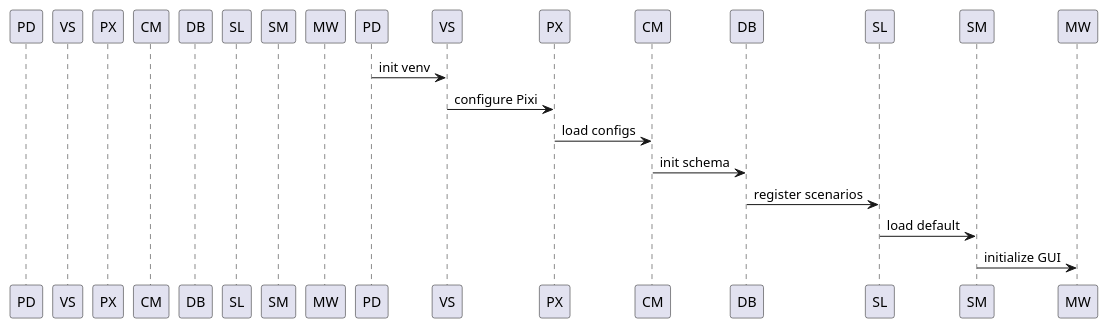
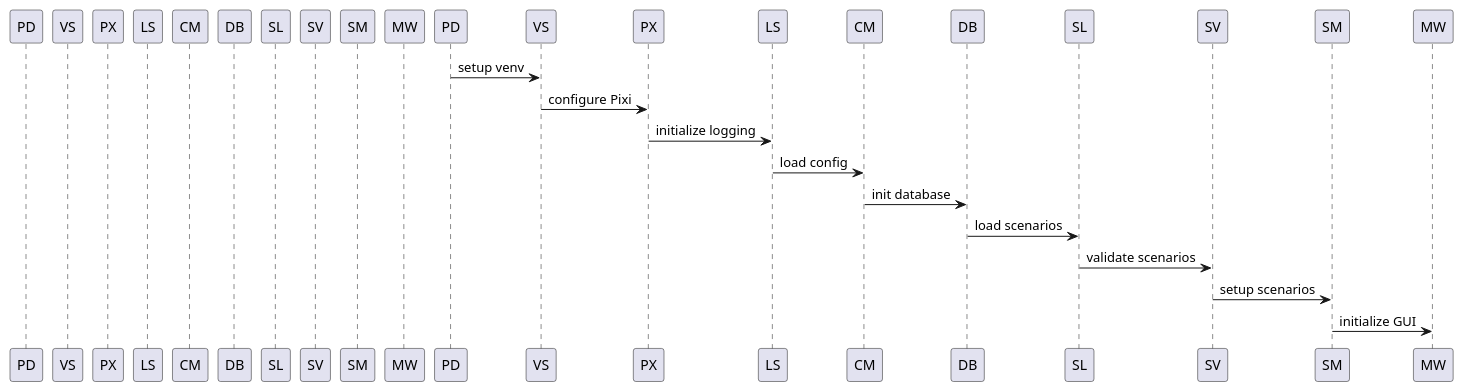
The third of 5 diagrams in docs/Architecture/C01-14-tf-canary-architecture-documentation.md (indietonne2/CANary_0.1), drawn with PlantUML before and after one commit. The commit also changed other lines of this file, not shown here.

````diff
--- a/docs/Architecture/C01-14-tf-canary-architecture-documentation.md
+++ b/docs/Architecture/C01-14-tf-canary-architecture-documentation.md
@@ -181,20 +196,24 @@
 ```plantuml
-@startuml C01-17_InitSequence
+@startuml C01-22_InitSequence
 participant PD as PlatformDetector
 participant VS as VenvSetup
 participant PX as PixiEnvironment
+participant LS as LoggingSystem
 participant CM as ConfigurationManager
 participant DB as SQLiteDB
 participant SL as ScenarioLoader
+participant SV as ScenarioValidator
 participant SM as ScenarioManager
 participant MW as MainWindow
 
-PD -> VS : init venv
+PD -> VS : setup venv
 VS -> PX : configure Pixi
-PX -> CM : load configs
-CM -> DB : init schema
-DB -> SL : register scenarios
-SL -> SM : load default
+PX -> LS : initialize logging
+LS -> CM : load config
+CM -> DB : init database
+DB -> SL : load scenarios
+SL -> SV : validate scenarios
+SV -> SM : setup scenarios
 SM -> MW : initialize GUI
 @enduml
 ```
````
